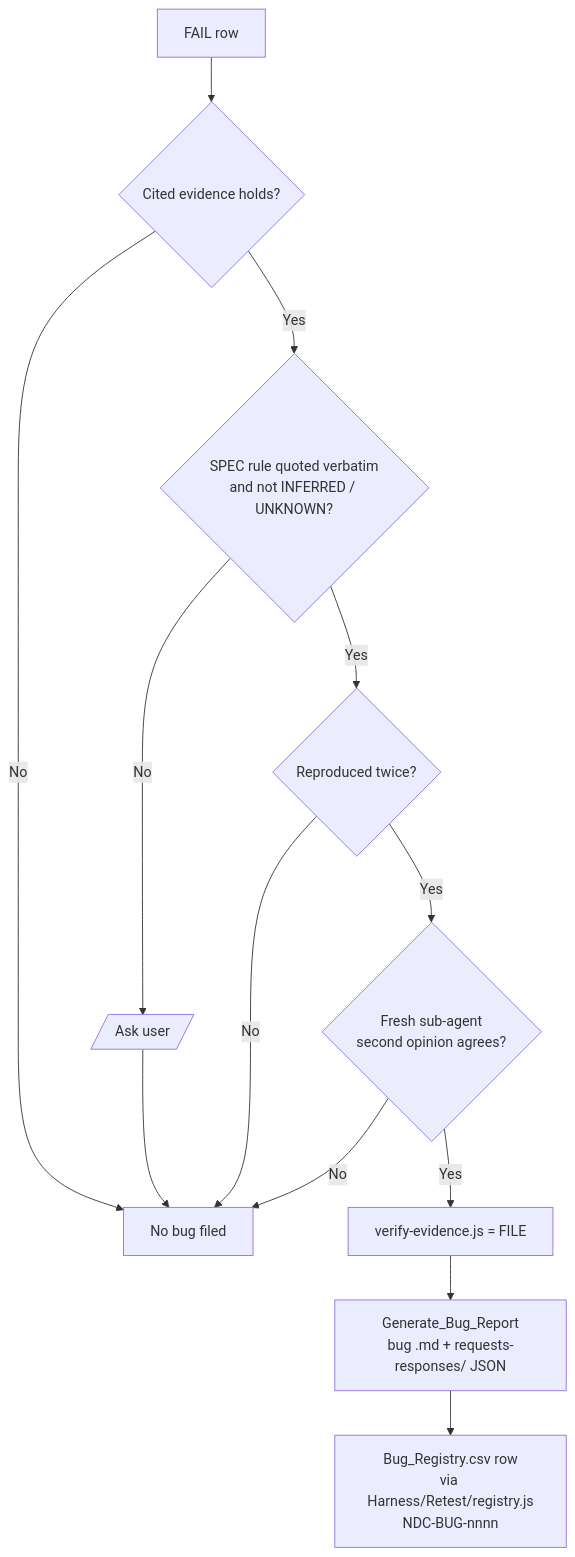
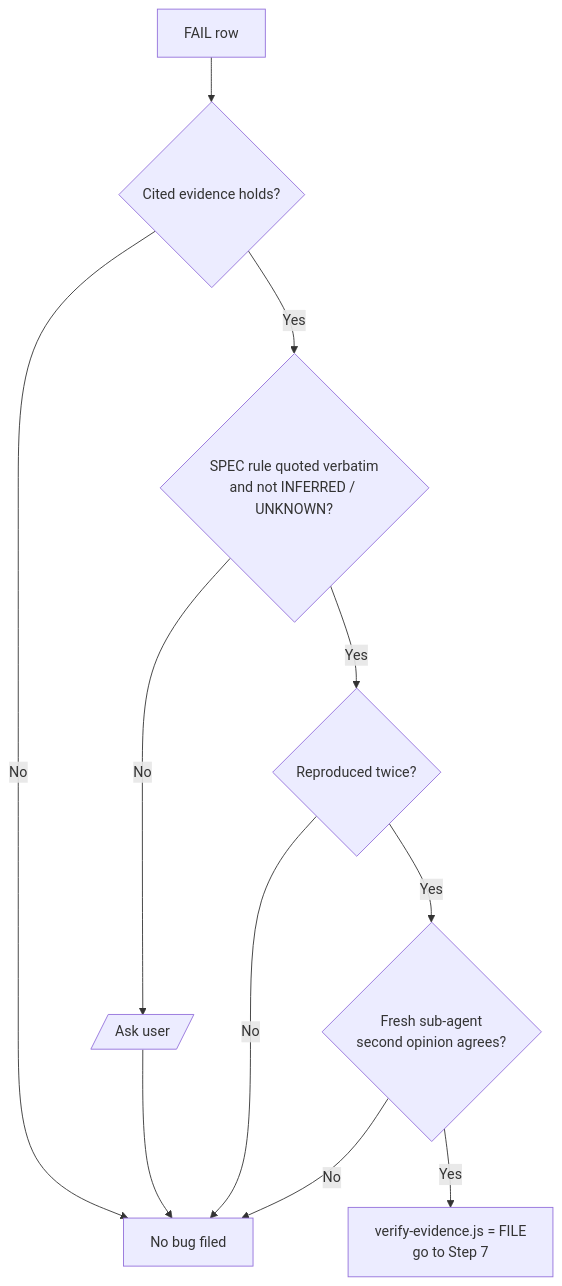
One commit to MostafaEbrahimMostafa/Agentic_NDC_Integration_Manual_Testing changed the fourth of 7 diagrams in NDC_Integration/KB/03_Technical/Execution_Pipeline.md. Above: the diagram before and after it, drawn with Mermaid. The commit also changed other lines of this file and 308 other files, not shown here.

````diff
--- a/NDC_Integration/KB/03_Technical/Execution_Pipeline.md
+++ b/NDC_Integration/KB/03_Technical/Execution_Pipeline.md
@@ -123,14 +152,12 @@
 ```mermaid
 flowchart TD
     F[FAIL row] --> G1{Cited evidence holds?}
     G1 -- No --> X[No bug filed]
     G1 -- Yes --> G2{SPEC rule quoted verbatim<br/>and not INFERRED / UNKNOWN?}
     G2 -- No --> Q[/Ask user/] --> X
     G2 -- Yes --> G3{Reproduced twice?}
     G3 -- No --> X
     G3 -- Yes --> G4{Fresh sub-agent<br/>second opinion agrees?}
     G4 -- No --> X
-    G4 -- Yes --> FILE[verify-evidence.js = FILE]
-    FILE --> BR[Generate_Bug_Report<br/>bug .md + requests-responses/ JSON]
-    BR --> REG[Bug_Registry.csv row<br/>via Harness/Retest/registry.js<br/>NDC-BUG-nnnn]
+    G4 -- Yes --> FILE[verify-evidence.js = FILE<br/>go to Step 7]
 ```
````
